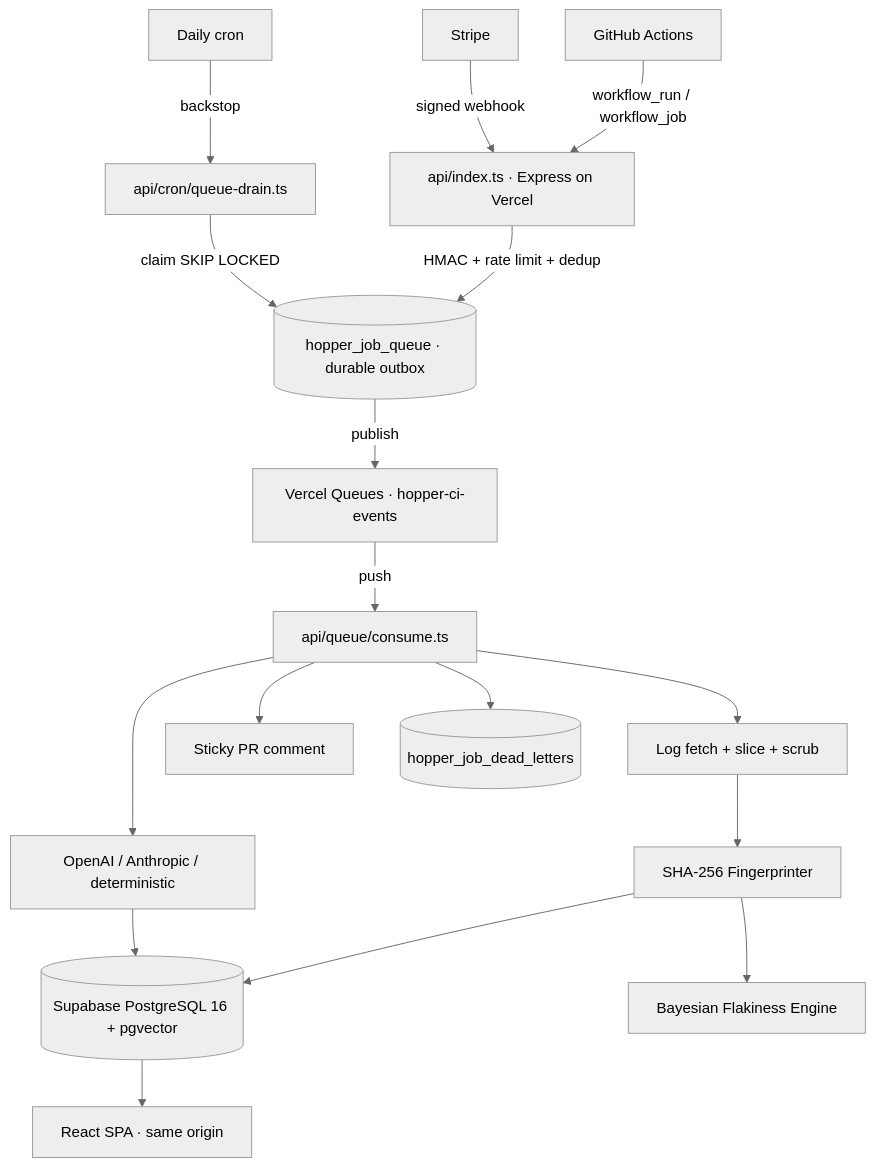
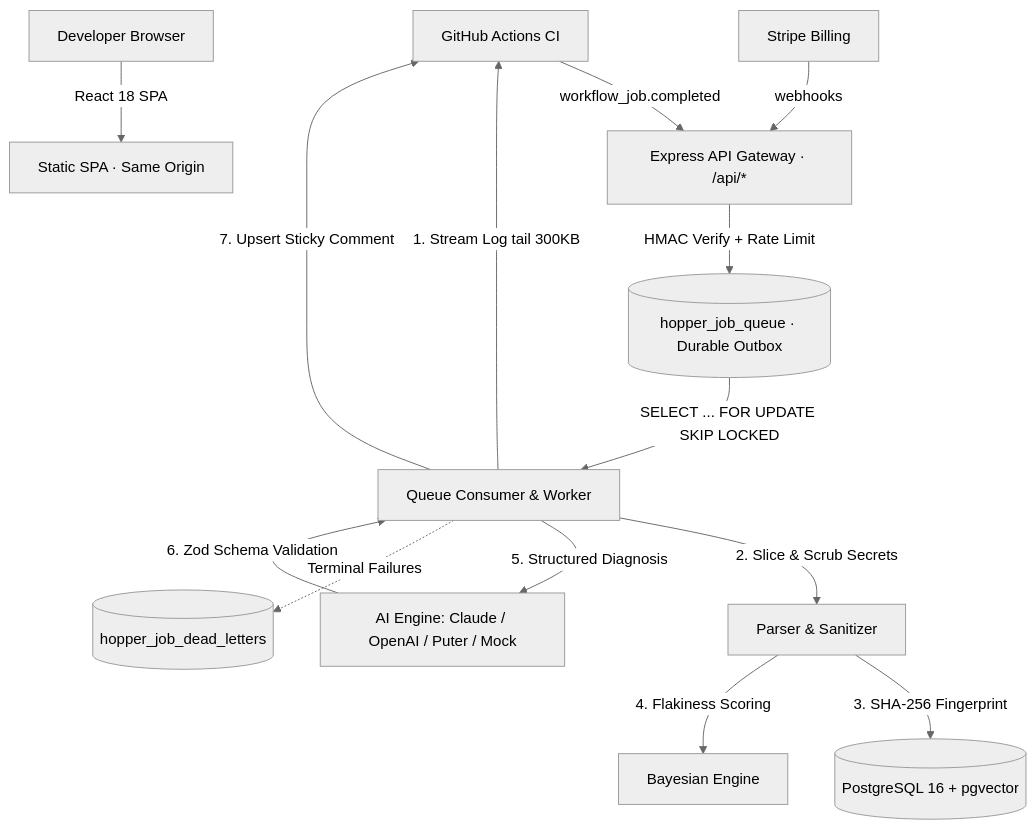
One commit to johan-droid/Hopper changed the diagram in README.md. Above: the diagram before and after it, drawn with Mermaid (neutral theme). The commit also changed other lines of this file and 154 other files, not shown here.

First line of the commit message:
docs: Add comprehensive project documentation including CURRENT_STATE, KNOWN_ISSUES, ROADMAP, TASKS_AND_GAPS, and SECURITY_OVERVIEW

````diff
--- a/README.md
+++ b/README.md
@@ -63,19 +24,19 @@
 ```mermaid
 graph TD
-  GH[GitHub Actions] -->|workflow_run / workflow_job| API[api/index.ts · Express on Vercel]
-  ST[Stripe] -->|signed webhook| API
-  API -->|HMAC + rate limit + dedup| OB[(hopper_job_queue · durable outbox)]
-  OB -->|publish| VQ[Vercel Queues · hopper-ci-events]
-  VQ -->|push| C[api/queue/consume.ts]
-  CRON[Daily cron] -->|backstop| D[api/cron/queue-drain.ts]
-  D -->|claim SKIP LOCKED| OB
-  C --> P[Log fetch + slice + scrub]
-  P --> F[SHA-256 Fingerprinter]
-  F --> DB[(Supabase PostgreSQL 16 + pgvector)]
-  F --> FL[Bayesian Flakiness Engine]
-  C --> AI[OpenAI / Anthropic / deterministic]
-  AI --> DB
-  C --> PR[Sticky PR comment]
-  C --> DLQ[(hopper_job_dead_letters)]
-  DB --> FE[React SPA · same origin]
+    GH[GitHub Actions CI] -->|workflow_job.completed| API[Express API Gateway · /api/*]
+    ST[Stripe Billing] -->|webhooks| API
+    USER[Developer Browser] -->|React 18 SPA| FE[Static SPA · Same Origin]
+    
+    API -->|HMAC Verify + Rate Limit| OB[(hopper_job_queue · Durable Outbox)]
+    OB -->|SELECT ... FOR UPDATE SKIP LOCKED| WRK[Queue Consumer & Worker]
+    
+    WRK -->|1. Stream Log tail 300KB| GH
+    WRK -->|2. Slice & Scrub Secrets| PARSER[Parser & Sanitizer]
+    PARSER -->|3. SHA-256 Fingerprint| DB[(PostgreSQL 16 + pgvector)]
+    PARSER -->|4. Flakiness Scoring| FLAKY[Bayesian Engine]
+    
+    WRK -->|5. Structured Diagnosis| AI[AI Engine: Claude / OpenAI / Puter / Mock]
+    AI -->|6. Zod Schema Validation| WRK
+    WRK -->|7. Upsert Sticky Comment| GH
+    WRK -.->|Terminal Failures| DLQ[(hopper_job_dead_letters)]
 ```
````
